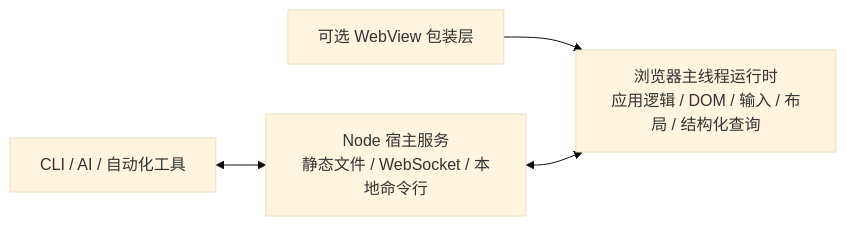
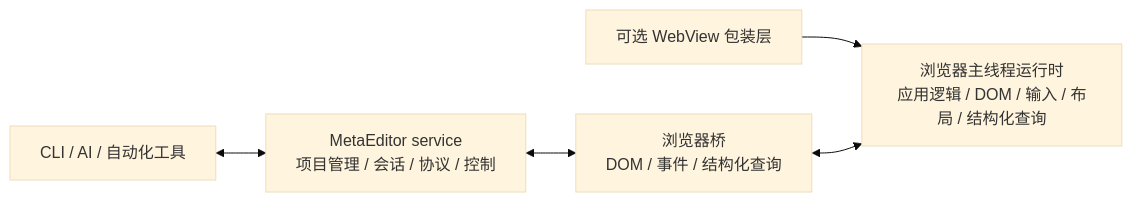
One commit to ch3coohlink/MetaEditor changed the diagram in doc/design.md. Above: the diagram before and after it, drawn with Mermaid (base theme). The commit also changed other lines of this file and 6 other files, not shown here.

````diff
--- a/doc/design.md
+++ b/doc/design.md
@@ -49,11 +52,13 @@
 ```mermaid
 flowchart LR
   shell[可选 WebView 包装层]
   main[浏览器主线程运行时<br/>应用逻辑 / DOM / 输入 / 布局 / 结构化查询]
   cli[CLI / AI / 自动化工具]
-  host[Node 宿主服务<br/>静态文件 / WebSocket / 本地命令行]
+  host[MetaEditor service<br/>项目管理 / 会话 / 协议 / 控制]
+  bridge[浏览器桥<br/>DOM / 事件 / 结构化查询]
 
   shell --> main
   cli <--> host
-  host <--> main
+  host <--> bridge
+  bridge <--> main
 ```
````
